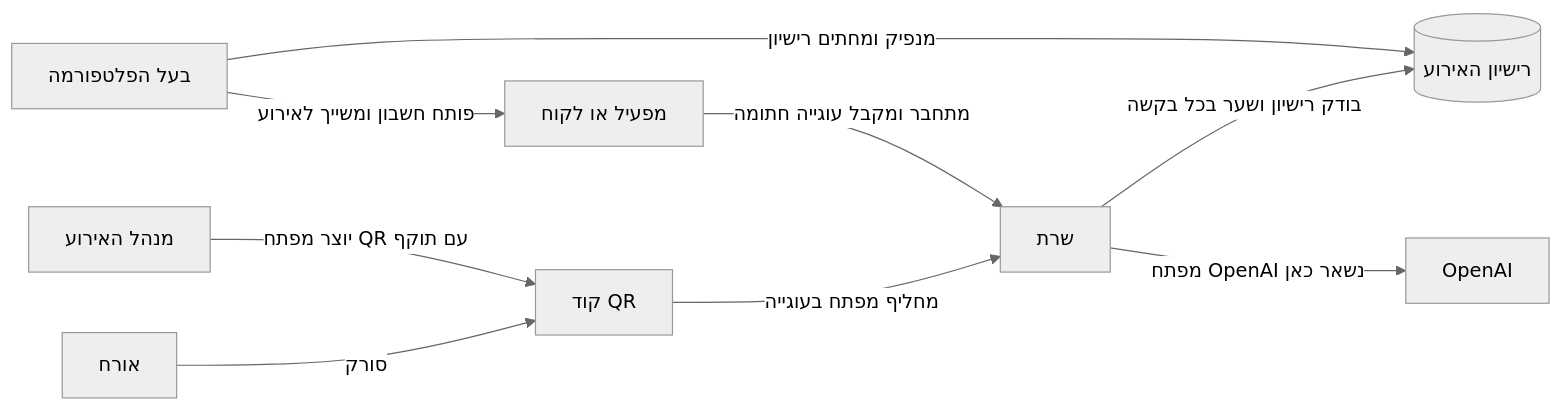
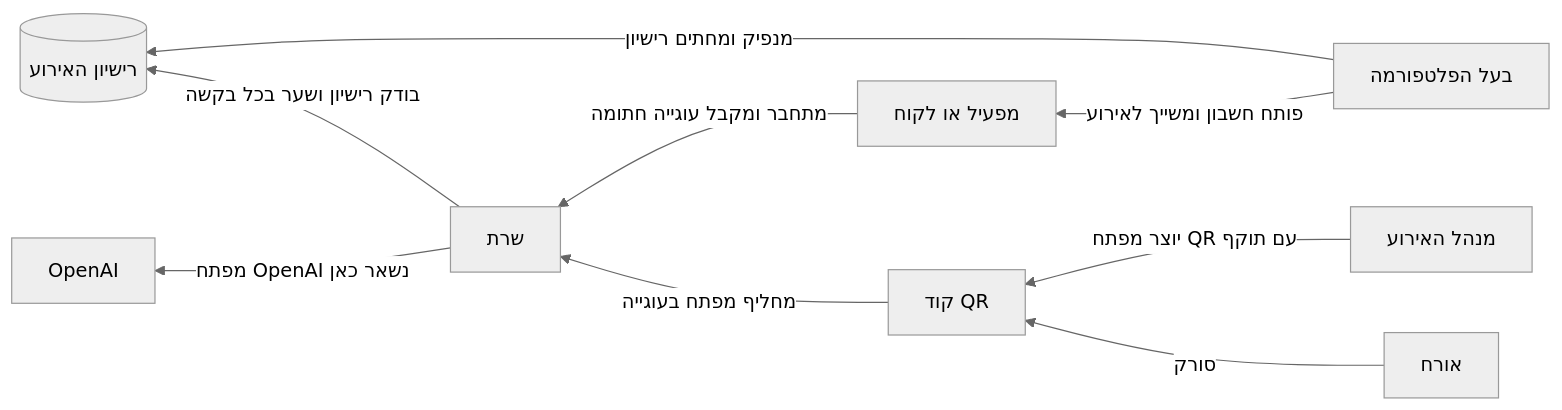
Before and after one commit to yutal/carmel_bar_mitzva: the first of 6 diagrams in docs/security-he.md, drawn with Mermaid (neutral theme). The commit also changed other lines of this file, not shown here.

First line of the commit message:
Order the security diagrams for right-to-left reading

````diff
--- a/docs/security-he.md
+++ b/docs/security-he.md
@@ -20,11 +22,11 @@
 ```mermaid
-flowchart LR
+flowchart RL
   O[בעל הפלטפורמה] -->|מנפיק ומחתים רישיון| L[(רישיון האירוע)]
   O -->|פותח חשבון ומשייך לאירוע| A[מפעיל או לקוח]
   A -->|מתחבר ומקבל עוגייה חתומה| S[שרת]
   M[מנהל האירוע] -->|יוצר מפתח QR עם תוקף| Q[קוד QR]
   G[אורח] -->|סורק| Q
   Q -->|מחליף מפתח בעוגייה| S
   S -->|בודק רישיון ושער בכל בקשה| L
   S -->|מפתח OpenAI נשאר כאן| AI[OpenAI]
 ```
````
